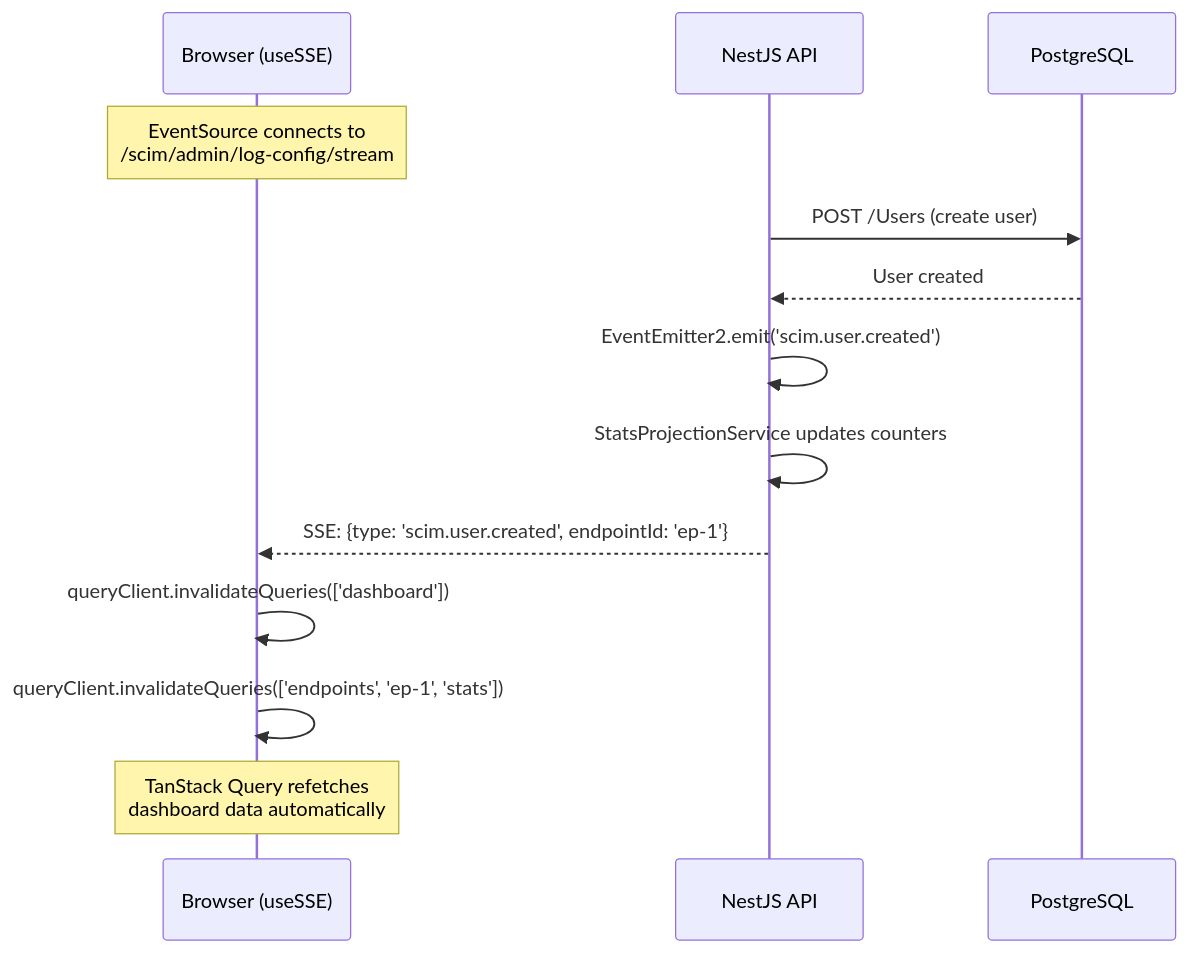
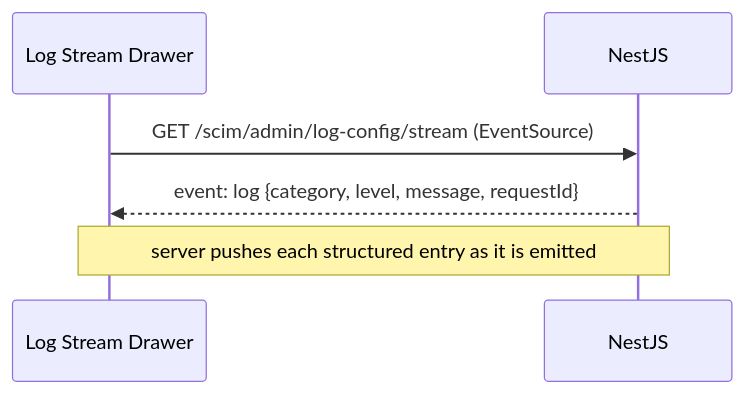
The second of 2 diagrams in docs/UI_GUIDE.md (pranems/SCIMServer), drawn with Mermaid before and after one commit. The commit also changed other lines of this file and 56 other files, not shown here.

````diff
--- a/docs/UI_GUIDE.md
+++ b/docs/UI_GUIDE.md
@@ -398,17 +261,8 @@
 ```mermaid
 sequenceDiagram
-    participant Client as Browser (useSSE)
-    participant API as NestJS API
-    participant DB as PostgreSQL
-
-    Note over Client: EventSource connects to<br/>/scim/admin/log-config/stream
-
-    API->>DB: POST /Users (create user)
-    DB-->>API: User created
-    API->>API: EventEmitter2.emit('scim.user.created')
-    API->>API: StatsProjectionService updates counters
-    API-->>Client: SSE: {type: 'scim.user.created', endpointId: 'ep-1'}
-    Client->>Client: queryClient.invalidateQueries(['dashboard'])
-    Client->>Client: queryClient.invalidateQueries(['endpoints', 'ep-1', 'stats'])
-    Note over Client: TanStack Query refetches<br/>dashboard data automatically
+    participant UI as Log Stream Drawer
+    participant API as NestJS
+    UI->>API: GET /scim/admin/log-config/stream (EventSource)
+    API-->>UI: event: log {category, level, message, requestId}
+    Note over API,UI: server pushes each structured entry as it is emitted
 ```
````
